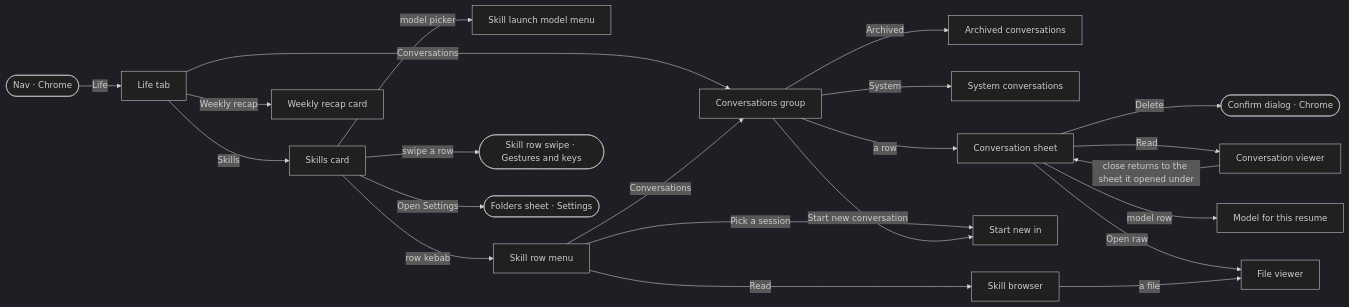
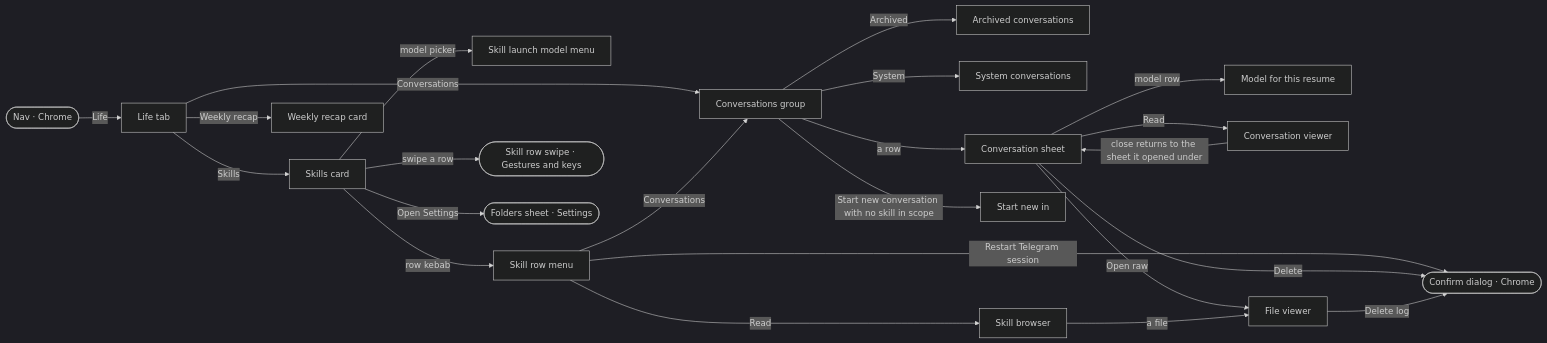
Before and after one commit to ferraroroberto/app-launcher: the eighth of 10 diagrams in docs/ux-surface-map.md, drawn with Mermaid (dark theme). The commit also changed other lines of this file and 8 other files, not shown here.

````diff
--- a/docs/ux-surface-map.md
+++ b/docs/ux-surface-map.md
@@ -1428,42 +1460,43 @@
 ```mermaid
 flowchart LR
   s89["Life tab"]
   s90["Skills card"]
   s91["Skill launch model menu"]
   s92["Skill row menu"]
   s93["Conversations group"]
   s94["Archived conversations"]
   s95["System conversations"]
   s96["Conversation sheet"]
   s97["Model for this resume"]
   s98["Start new in"]
   s99["Conversation viewer"]
   s100["Skill browser"]
   s101["File viewer"]
   s102["Weekly recap card"]
   s0(["Nav · Chrome"])
   s125(["Skill row swipe · Gestures and keys"])
   s118(["Folders sheet · Settings"])
   s3(["Confirm dialog · Chrome"])
   s0 -->|"Life"| s89
   s89 -->|"Skills"| s90
   s89 -->|"Conversations"| s93
   s89 -->|"Weekly recap"| s102
   s90 -->|"model picker"| s91
   s90 -->|"row kebab"| s92
   s90 -->|"swipe a row"| s125
   s90 -->|"Open Settings"| s118
   s92 -->|"Read"| s100
   s92 -->|"Conversations"| s93
-  s92 -->|"Pick a session"| s98
+  s92 -->|"Restart Telegram session"| s3
   s93 -->|"a row"| s96
   s93 -->|"Archived"| s94
   s93 -->|"System"| s95
-  s93 -->|"Start new conversation"| s98
+  s93 -->|"Start new conversation with no skill in scope"| s98
   s96 -->|"Read"| s99
   s96 -->|"model row"| s97
   s96 -->|"Open raw"| s101
   s96 -->|"Delete"| s3
   s99 -->|"close returns to the sheet it opened under"| s96
   s100 -->|"a file"| s101
+  s101 -->|"Delete log"| s3
 ```
````
